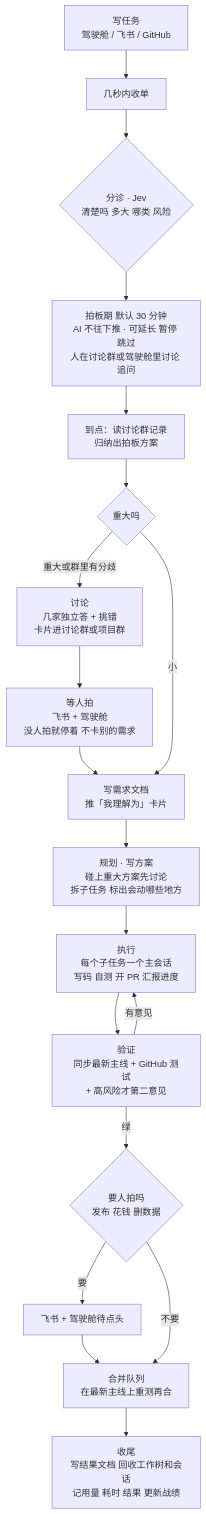
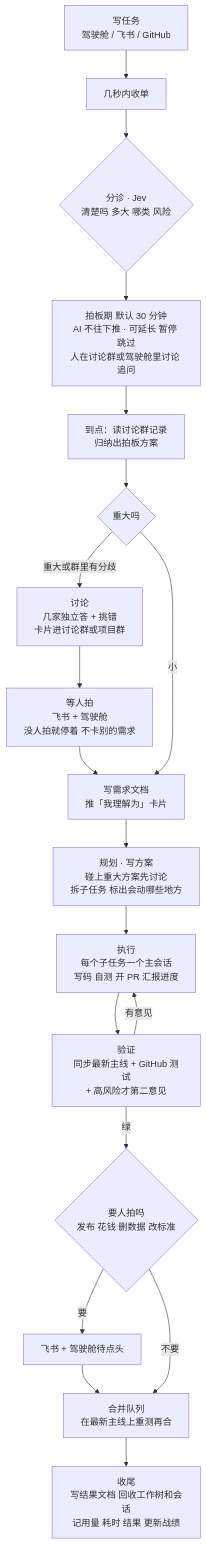
The second of 2 diagrams in docs/design.md (thoerwink8/fleet-dao), drawn with Mermaid before and after one commit. The commit also changed other lines of this file and 13 other files, not shown here.

````diff
--- a/docs/design.md
+++ b/docs/design.md
@@ -174,18 +175,18 @@
 ```mermaid
 flowchart TD
   N[写任务<br/>驾驶舱 / 飞书 / GitHub] --> R[几秒内收单]
   R --> TR{分诊 · Jev<br/>清楚吗 多大 哪类 风险}
   TR --> W[拍板期 默认 30 分钟<br/>AI 不往下推 · 可延长 暂停 跳过<br/>人在讨论群或驾驶舱里讨论 追问]
   W --> SUM[到点：读讨论群记录<br/>归纳出拍板方案]
   SUM --> BIG{重大吗}
   BIG -- 重大或群里有分歧 --> DI[讨论<br/>几家独立答 + 挑错<br/>卡片进讨论群或项目群] --> HB[等人拍<br/>飞书 + 驾驶舱<br/>没人拍就停着 不卡别的需求] --> S
   BIG -- 小 --> S[写需求文档<br/>推「我理解为」卡片]
   S --> P[规划 · 写方案<br/>碰上重大方案先讨论<br/>拆子任务 标出会动哪些地方]
   P --> X[执行<br/>每个子任务一个主会话<br/>写码 自测 开 PR 汇报进度]
   X --> V[验证<br/>同步最新主线 + GitHub 测试<br/>+ 高风险才第二意见]
   V -- 有意见 --> X
-  V -- 绿 --> G{要人拍吗<br/>发布 花钱 删数据}
+  V -- 绿 --> G{要人拍吗<br/>发布 花钱 删数据 改标准}
   G -- 要 --> HN[飞书 + 驾驶舱待点头] --> MQ
   G -- 不要 --> MQ[合并队列<br/>在最新主线上重测再合]
   MQ --> C[收尾<br/>写结果文档 回收工作树和会话<br/>记用量 耗时 结果 更新战绩]
 ```
````
